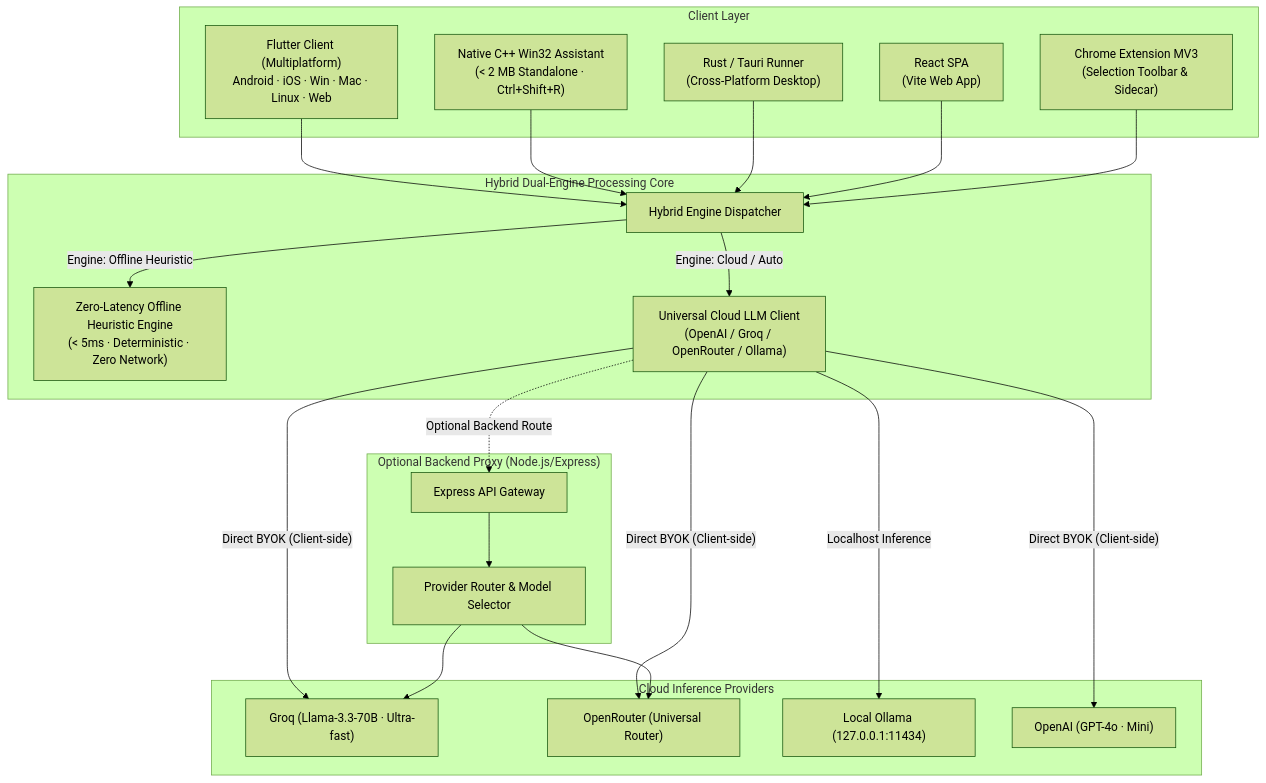
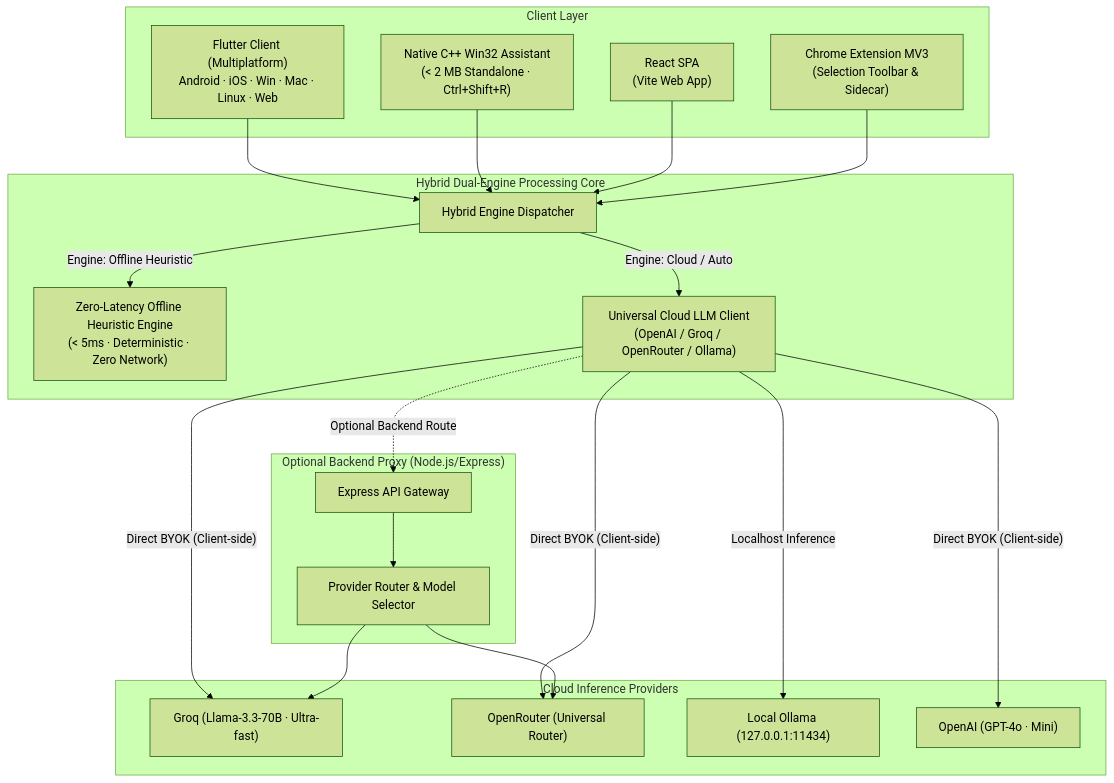
One commit to mahmud-r-farhan/smart-reply-ai changed the first of 2 diagrams in ARCHITECTURE.md. Above: the diagram before and after it, drawn with Mermaid (forest theme). The commit also changed other lines of this file and 41 other files, not shown here.

Commit message:
refactor(desktop): consolidate native C++ as sole desktop app, remove rust, and normalize folder naming

````diff
--- a/ARCHITECTURE.md
+++ b/ARCHITECTURE.md
@@ -18,47 +18,45 @@
 ```mermaid
 graph TD
     subgraph Clients ["Client Layer"]
         FL["Flutter Client (Multiplatform)<br/>Android · iOS · Win · Mac · Linux · Web"]
         CPP["Native C++ Win32 Assistant<br/>(< 2 MB Standalone · Ctrl+Shift+R)"]
-        RUST["Rust / Tauri Runner<br/>(Cross-Platform Desktop)"]
         REACT["React SPA<br/>(Vite Web App)"]
         EXT["Chrome Extension MV3<br/>(Selection Toolbar & Sidecar)"]
     end
 
     subgraph CoreEngine ["Hybrid Dual-Engine Processing Core"]
         DISPATCHER["Hybrid Engine Dispatcher"]
         HEURISTIC["Zero-Latency Offline Heuristic Engine<br/>(&lt; 5ms · Deterministic · Zero Network)"]
         CLOUD["Universal Cloud LLM Client<br/>(OpenAI / Groq / OpenRouter / Ollama)"]
     end
 
     subgraph BackendProxy ["Optional Backend Proxy (Node.js/Express)"]
         API_GATEWAY["Express API Gateway"]
         PROV_ROUTER["Provider Router & Model Selector"]
     end
 
     subgraph ExternalProviders ["Cloud Inference Providers"]
         GROQ["Groq (Llama-3.3-70B · Ultra-fast)"]
         OPENROUTER["OpenRouter (Universal Router)"]
         OLLAMA["Local Ollama (127.0.0.1:11434)"]
         OPENAI["OpenAI (GPT-4o · Mini)"]
     end
 
     FL --> DISPATCHER
     CPP --> DISPATCHER
-    RUST --> DISPATCHER
     REACT --> DISPATCHER
     EXT --> DISPATCHER
 
     DISPATCHER -- "Engine: Offline Heuristic" --> HEURISTIC
     DISPATCHER -- "Engine: Cloud / Auto" --> CLOUD
 
     CLOUD -- "Direct BYOK (Client-side)" --> GROQ
     CLOUD -- "Direct BYOK (Client-side)" --> OPENROUTER
     CLOUD -- "Localhost Inference" --> OLLAMA
     CLOUD -- "Direct BYOK (Client-side)" --> OPENAI
 
     CLOUD -. "Optional Backend Route" .-> API_GATEWAY
     API_GATEWAY --> PROV_ROUTER
     PROV_ROUTER --> GROQ
     PROV_ROUTER --> OPENROUTER
 ```
````
